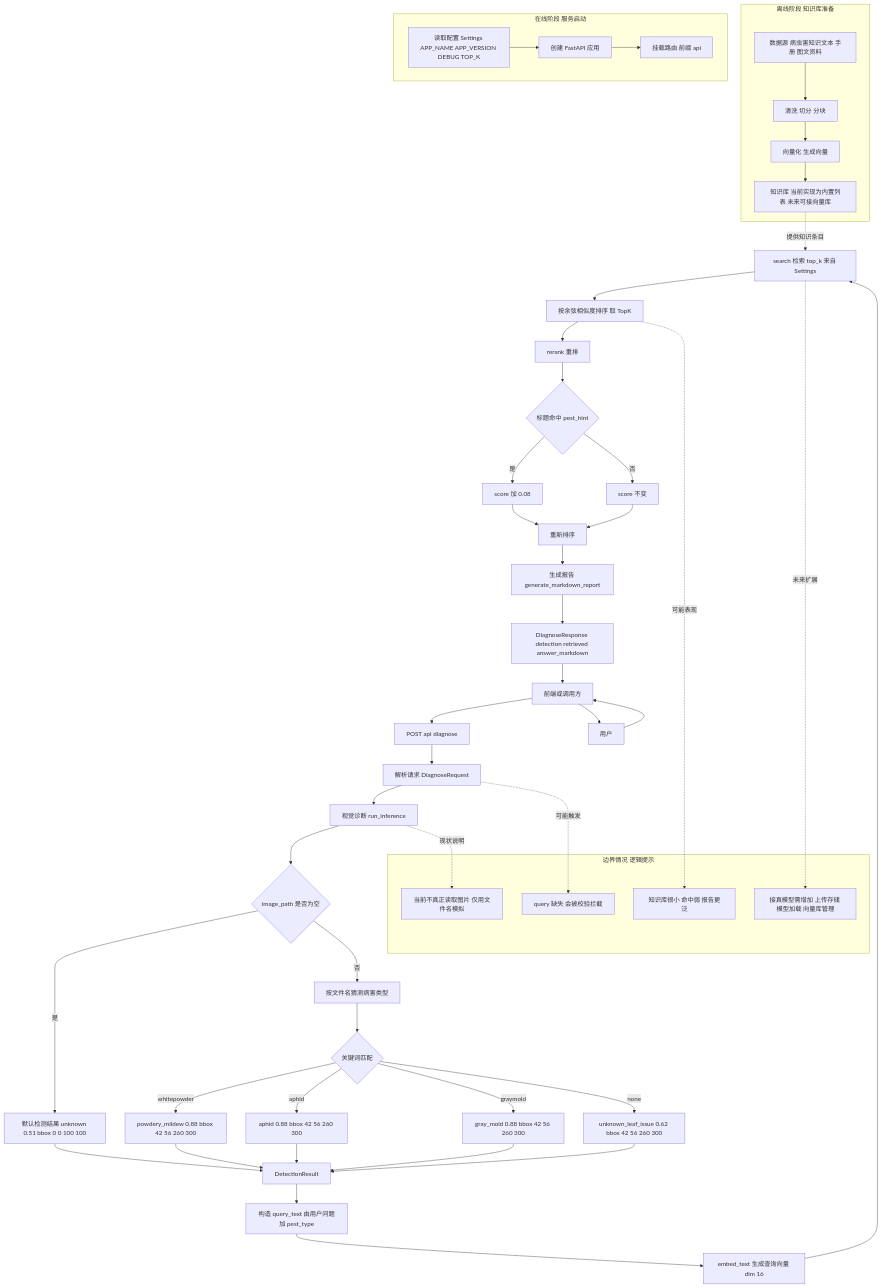
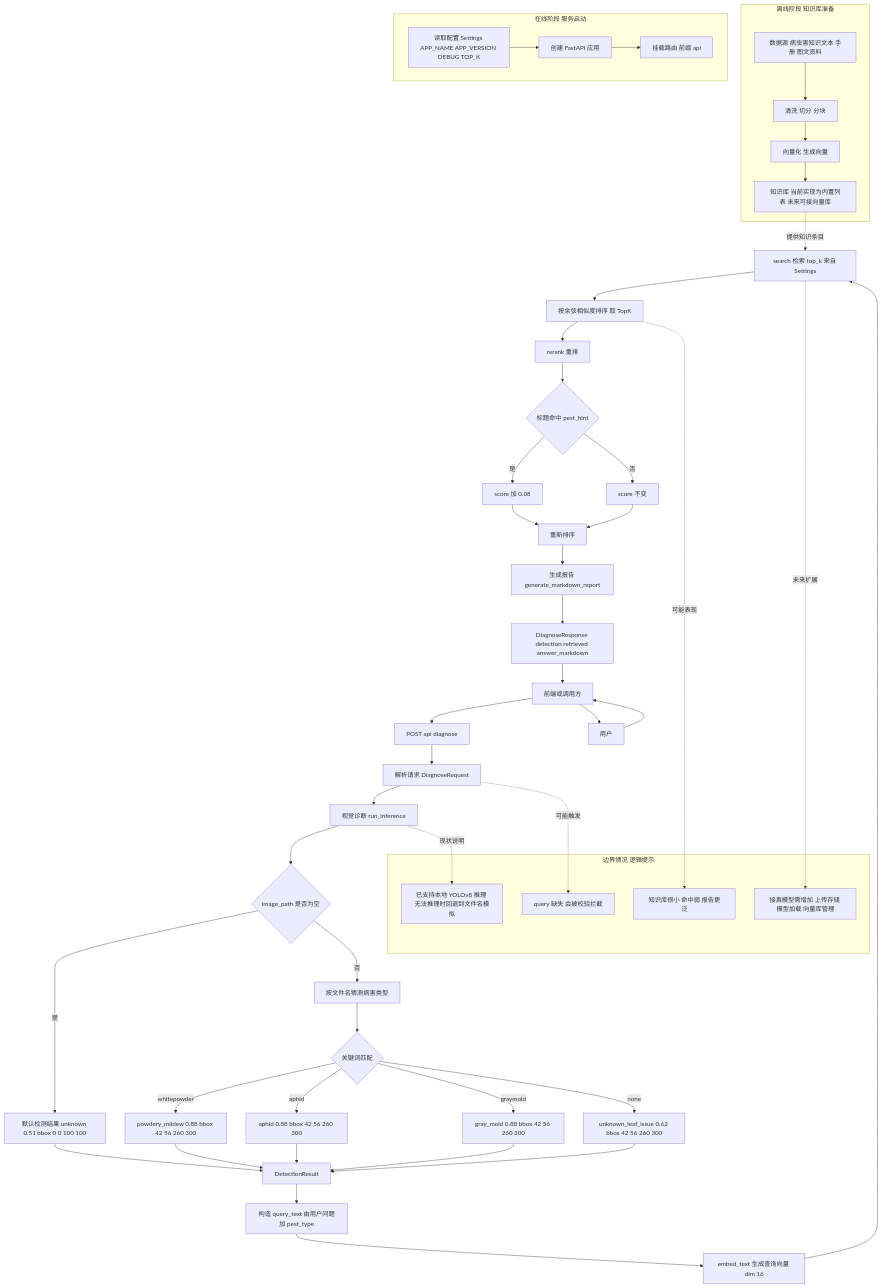
The diagram in README.md (GeYugong/berry-mrag-system), drawn with Mermaid before and after one commit. The commit also changed other lines of this file and 5 other files, not shown here.

````diff
--- a/README.md
+++ b/README.md
@@ -133,66 +163,66 @@
 ```mermaid
 flowchart TB
 
 subgraph OFFLINE[离线阶段 知识库准备]
   DS[数据源 病虫害知识文本 手册 图文资料] --> CLEAN[清洗 切分 分块]
   CLEAN --> EMB_KB[向量化 生成向量]
   EMB_KB --> STORE[知识库 当前实现为内置列表 未来可接向量库]
 end
 
 subgraph ONLINE[在线阶段 服务启动]
   CFG[读取配置 Settings APP_NAME APP_VERSION DEBUG TOP_K] --> APP[创建 FastAPI 应用]
   APP --> ROUTER[挂载路由 前缀 api]
 end
 
 U[用户] --> FE[前端或调用方]
 FE --> EP[POST api diagnose]
 
 EP --> VAL[解析请求 DiagnoseRequest]
 VAL --> INF[视觉诊断 run_inference]
 
 INF --> B0{image_path 是否为空}
 B0 -- 是 --> D0[默认检测结果 unknown 0.51 bbox 0 0 100 100]
 B0 -- 否 --> GUESS[按文件名猜测病害类型]
 GUESS --> B1{关键词匹配}
 B1 -- whitepowder --> D1[powdery_mildew 0.88 bbox 42 56 260 300]
 B1 -- aphid --> D2[aphid 0.88 bbox 42 56 260 300]
 B1 -- graymold --> D3[gray_mold 0.88 bbox 42 56 260 300]
 B1 -- none --> D4[unknown_leaf_issue 0.62 bbox 42 56 260 300]
 
 D0 --> DET[DetectionResult]
 D1 --> DET
 D2 --> DET
 D3 --> DET
 D4 --> DET
 
 DET --> QBUILD[构造 query_text 由用户问题加 pest_type]
 QBUILD --> EMBQ[embed_text 生成查询向量 dim 16]
 EMBQ --> RET[search 检索 top_k 来自 Settings]
 
 STORE -. 提供知识条目 .-> RET
 RET --> TOPK[按余弦相似度排序 取 TopK]
 
 TOPK --> RER[rerank 重排]
 RER --> B2{标题命中 pest_hint}
 B2 -- 是 --> PLUS[score 加 0.08]
 B2 -- 否 --> KEEP[score 不变]
 PLUS --> SORT2[重新排序]
 KEEP --> SORT2
 
 SORT2 --> GEN[生成报告 generate_markdown_report]
 GEN --> RESP[DiagnoseResponse detection retrieved answer_markdown]
 RESP --> FE
 FE --> U
 
 subgraph EDGE[边界情况 逻辑提示]
   E1[query 缺失 会被校验拦截]
   E2[知识库很小 命中弱 报告更泛]
-  E3[当前不真正读取图片 仅用文件名模拟]
+  E3[已支持本地 YOLOv8 推理 无法推理时回退到文件名模拟]
   E4[接真模型需增加 上传存储 模型加载 向量库管理]
 end
 
 VAL -. 可能触发 .-> E1
 TOPK -. 可能表现 .-> E2
 INF -. 现状说明 .-> E3
 RET -. 未来扩展 .-> E4
 ```
````
